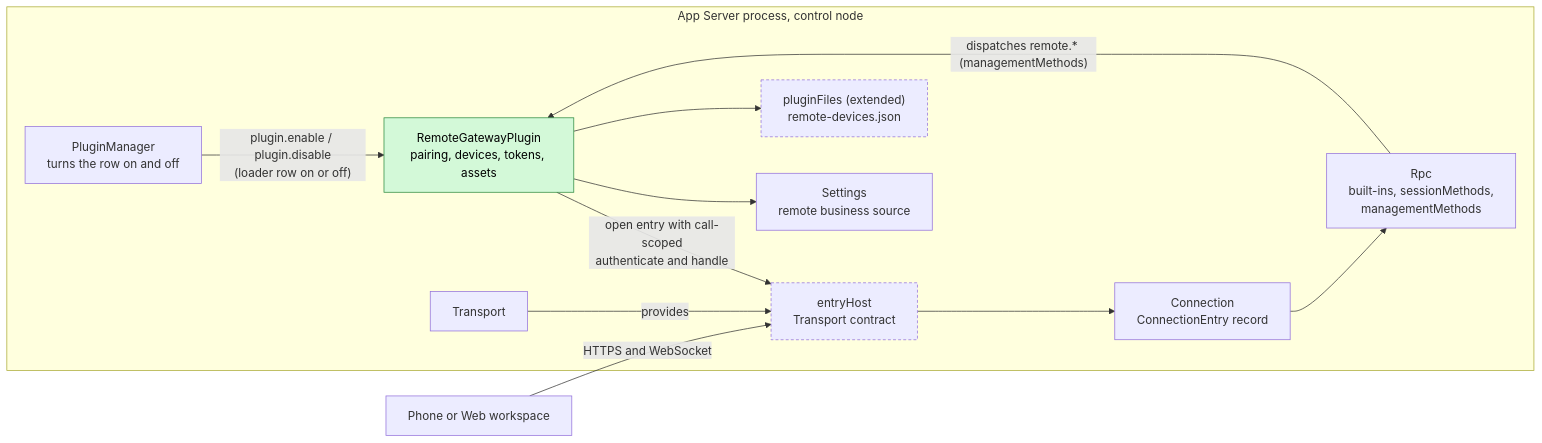
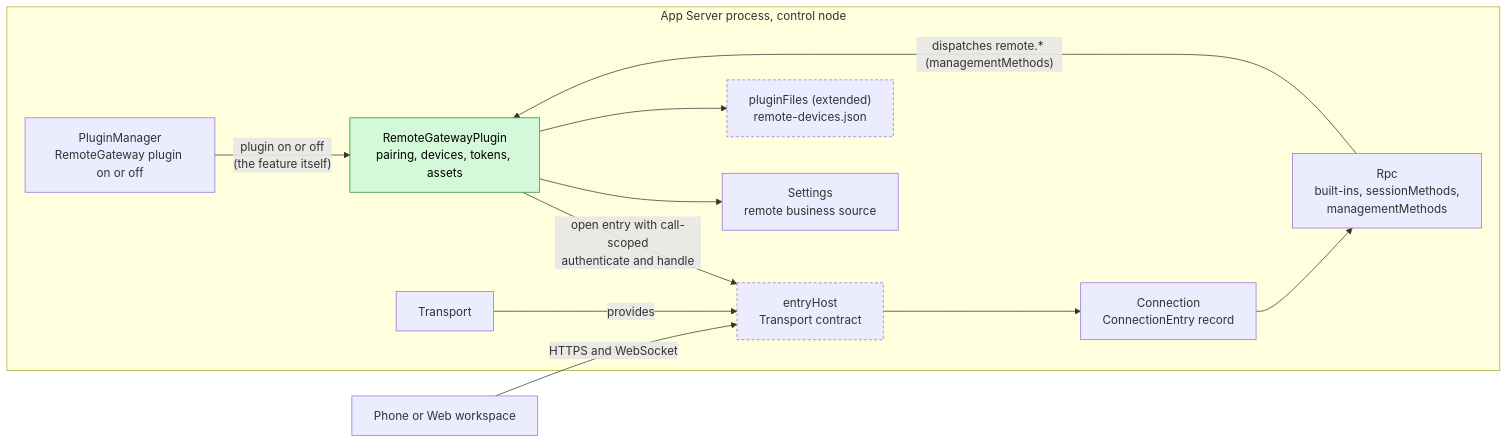
Before and after one commit to CoutinhoTTS/dim-agent: the first of 6 diagrams in docs/design/plugins/RemoteGateway.md, drawn with Mermaid. The commit also changed other lines of this file and 4 other files, not shown here.

````diff
--- a/docs/design/plugins/RemoteGateway.md
+++ b/docs/design/plugins/RemoteGateway.md
@@ -11,25 +11,25 @@
 ```mermaid
 flowchart LR
   subgraph P["App Server process, control node"]
     RG["RemoteGatewayPlugin<br/>pairing, devices, tokens, assets"]:::new
     EH["entryHost<br/>Transport contract"]:::contract
     TR["Transport"]
     CONN["Connection<br/>ConnectionEntry record"]
     RPC["Rpc<br/>built-ins, sessionMethods,<br/>managementMethods"]
     SET["Settings<br/>remote business source"]
-    PM["PluginManager<br/>turns the row on and off"]
+    PM["PluginManager<br/>RemoteGateway plugin on or off"]
     PST["pluginFiles (extended)<br/>remote-devices.json"]:::contract
   end
   DEV["Phone or Web workspace"]
   DEV -->|"HTTPS and WebSocket"| EH
   RG -->|"open entry with call-scoped<br/>authenticate and handle"| EH
   TR -->|"provides"| EH
   EH --> CONN
   CONN --> RPC
   RPC -->|"dispatches remote.* (managementMethods)"| RG
   RG --> SET
-  PM -->|"plugin.enable / plugin.disable<br/>(loader row on or off)"| RG
+  PM -->|"plugin on or off<br/>(the feature itself)"| RG
   RG --> PST
   classDef new fill:#d3f9d8,stroke:#2b8a3e,color:#000
   classDef contract stroke-dasharray:4 3
 ```
````
